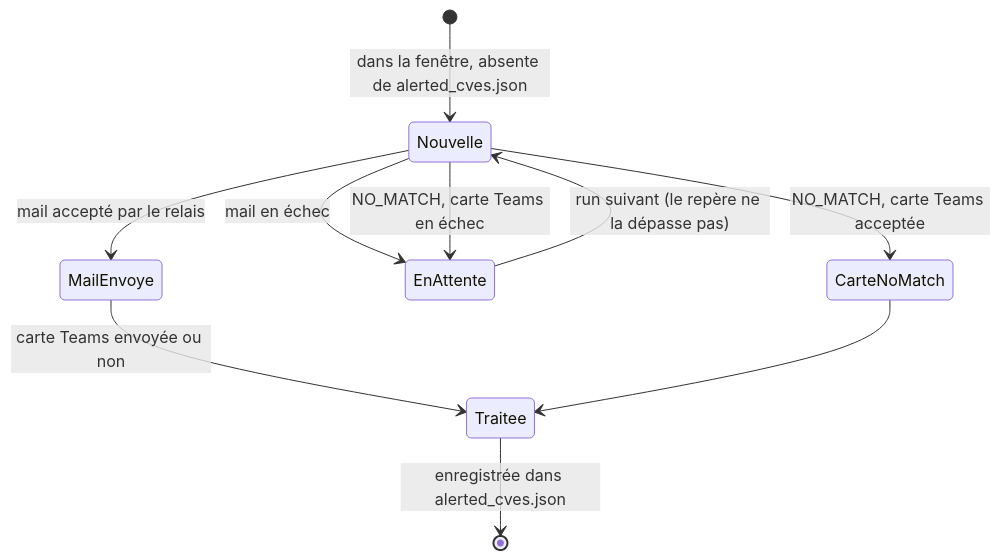
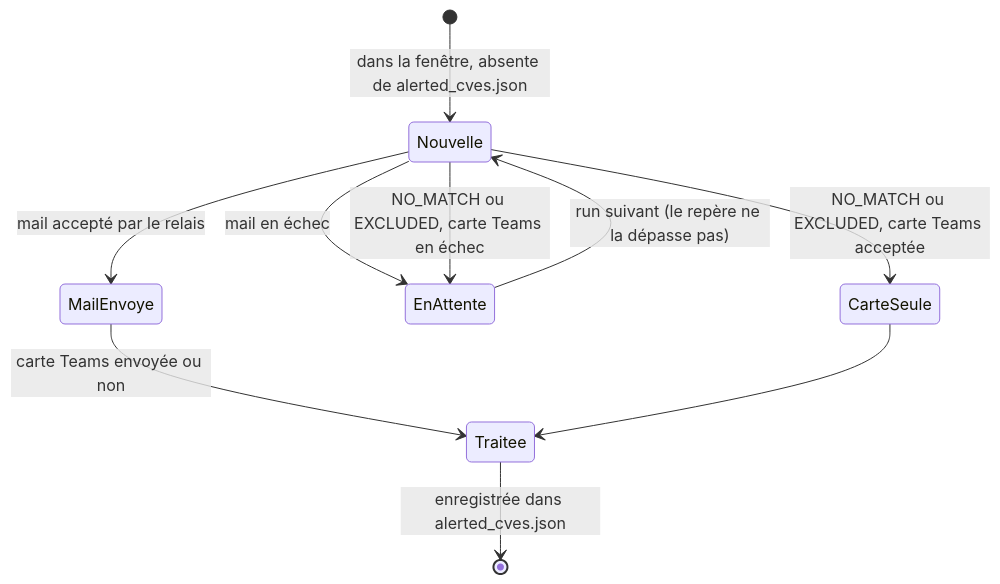
One commit to Ahmed94120/VulnSearch changed the sixth of 9 diagrams in README.md. Above: the diagram before and after it, drawn with Mermaid. The commit also changed other lines of this file and 5 other files, not shown here.

````diff
--- a/README.md
+++ b/README.md
@@ -203,12 +212,12 @@
 ```mermaid
 stateDiagram-v2
     [*] --> Nouvelle: dans la fenêtre, absente de alerted_cves.json
     Nouvelle --> MailEnvoye: mail accepté par le relais
     Nouvelle --> EnAttente: mail en échec
-    Nouvelle --> CarteNoMatch: NO_MATCH, carte Teams acceptée
-    Nouvelle --> EnAttente: NO_MATCH, carte Teams en échec
+    Nouvelle --> CarteSeule: NO_MATCH ou EXCLUDED, carte Teams acceptée
+    Nouvelle --> EnAttente: NO_MATCH ou EXCLUDED, carte Teams en échec
     EnAttente --> Nouvelle: run suivant (le repère ne la dépasse pas)
     MailEnvoye --> Traitee: carte Teams envoyée ou non
-    CarteNoMatch --> Traitee
+    CarteSeule --> Traitee
     Traitee --> [*]: enregistrée dans alerted_cves.json
 ```
````
